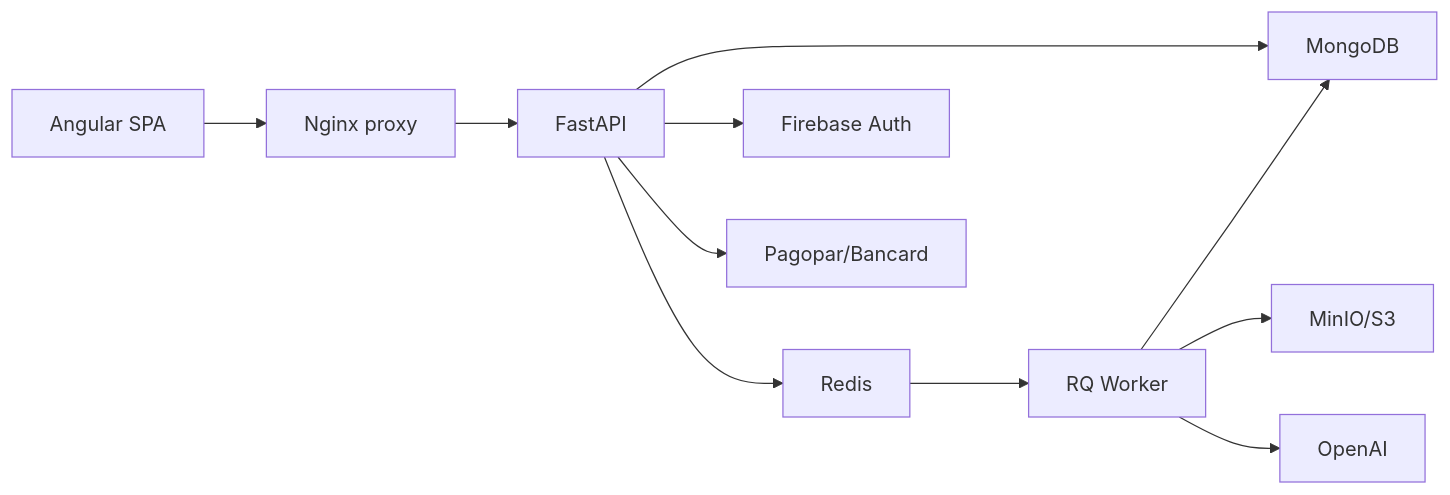
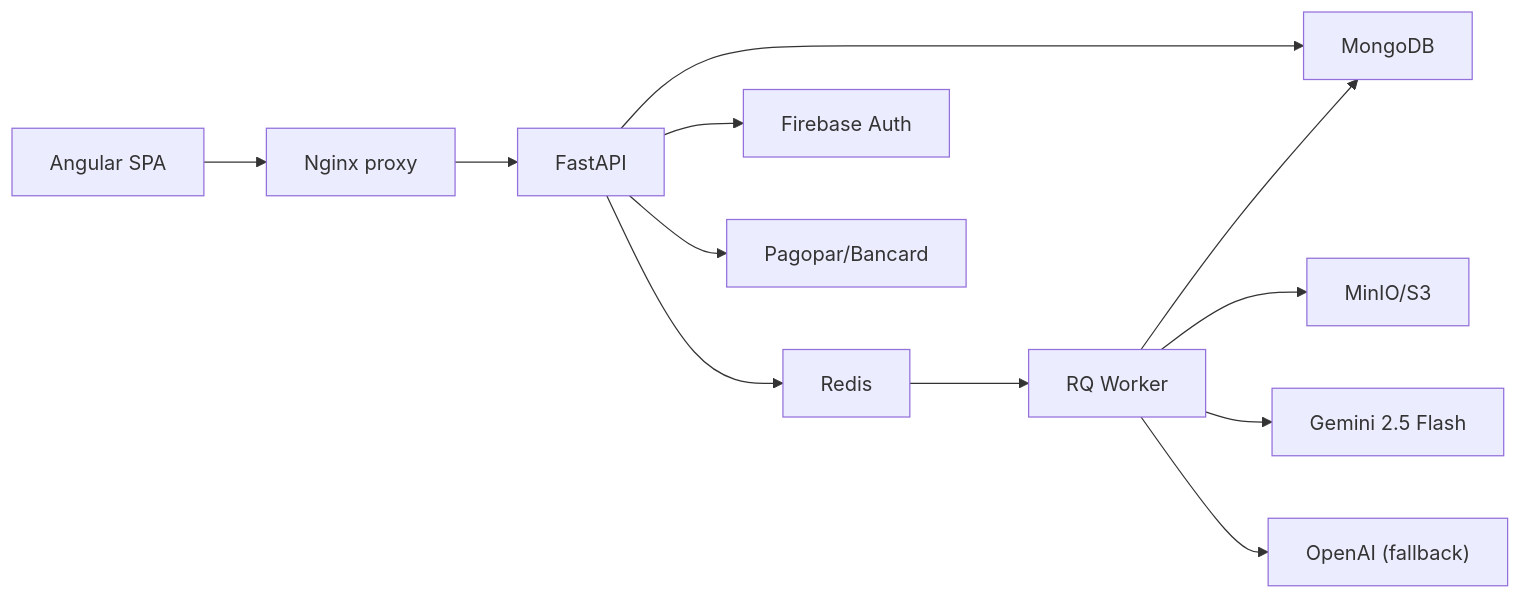
Before and after one commit to poravv/cuenly-app: the diagram in docs/documentacion-tecnica.md, drawn with Mermaid. The commit also changed other lines of this file and 6 other files, not shown here.

````diff
--- a/docs/documentacion-tecnica.md
+++ b/docs/documentacion-tecnica.md
@@ -9,13 +9,14 @@
 ```mermaid
 flowchart LR
   Browser["Angular SPA"] --> Nginx["Nginx proxy"]
   Nginx --> API["FastAPI"]
   API --> Mongo["MongoDB"]
   API --> Redis["Redis"]
   Redis --> Worker["RQ Worker"]
   Worker --> Mongo
   Worker --> MinIO["MinIO/S3"]
   API --> Firebase["Firebase Auth"]
   API --> Pagopar["Pagopar/Bancard"]
-  Worker --> OpenAI["OpenAI"]
+  Worker --> Gemini["Gemini 2.5 Flash"]
+  Worker --> OpenAI["OpenAI (fallback)"]
 ```
````
